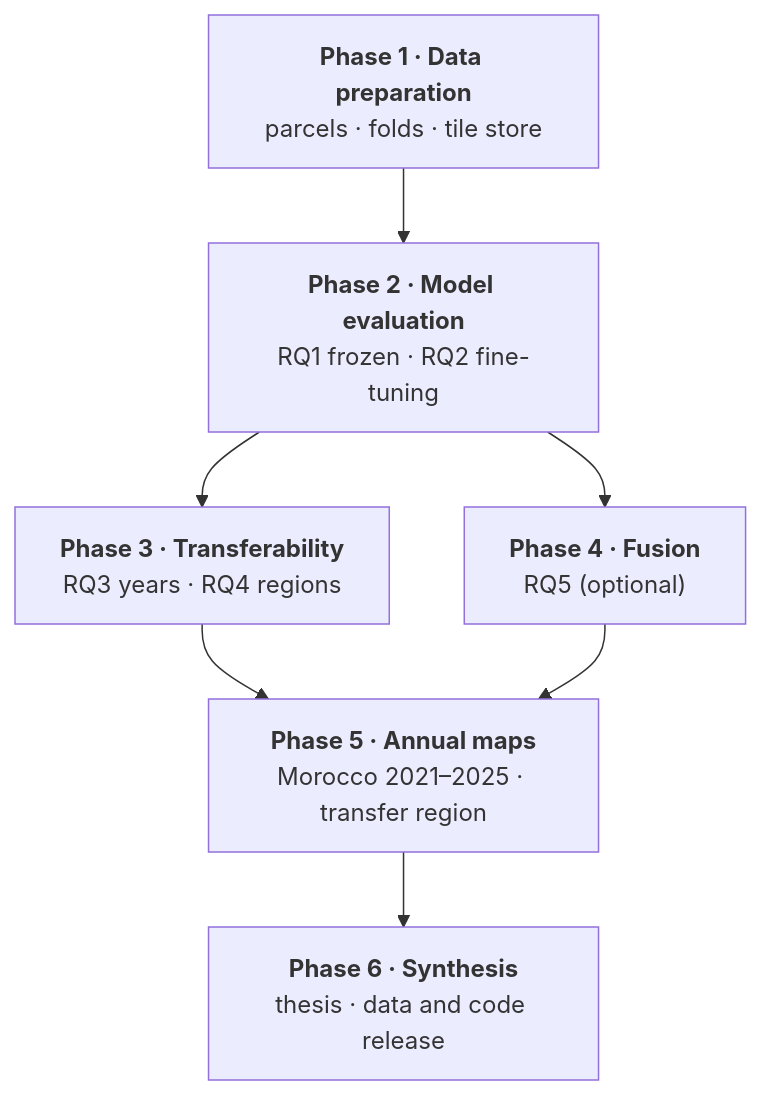
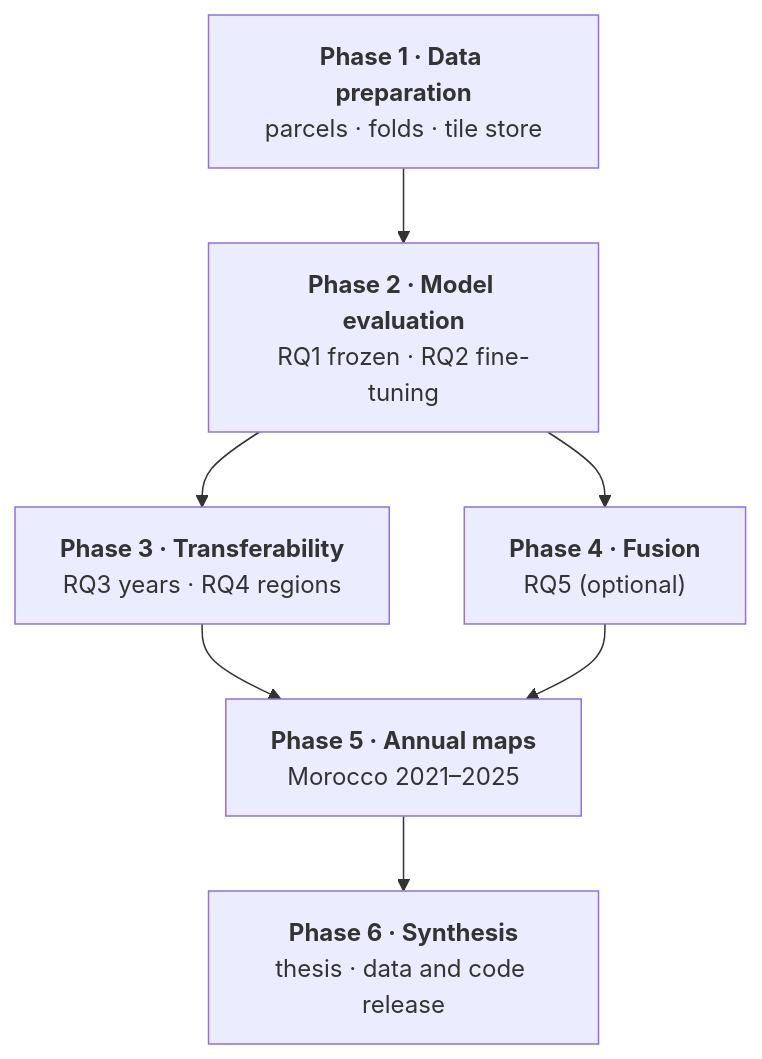
One commit to amanchry/irrimapping-geofm changed the diagram in docs/research_plan.md. Above: the diagram before and after it, drawn with Mermaid. The commit also changed other lines of this file and 60 other files, not shown here.

````diff
--- a/docs/research_plan.md
+++ b/docs/research_plan.md
@@ -22,9 +21,9 @@
 ```mermaid
 flowchart TD
     P1["<b>Phase 1 · Data preparation</b><br/>parcels · folds · tile store"] --> P2["<b>Phase 2 · Model evaluation</b><br/>RQ1 frozen · RQ2 fine-tuning"]
     P2 --> P3["<b>Phase 3 · Transferability</b><br/>RQ3 years · RQ4 regions"]
     P2 --> P4["<b>Phase 4 · Fusion</b><br/>RQ5 (optional)"]
-    P3 --> P5["<b>Phase 5 · Annual maps</b><br/>Morocco 2021–2025 · transfer region"]
+    P3 --> P5["<b>Phase 5 · Annual maps</b><br/>Morocco 2021–2025"]
     P4 --> P5
     P5 --> P6["<b>Phase 6 · Synthesis</b><br/>thesis · data and code release"]
 ```
````
